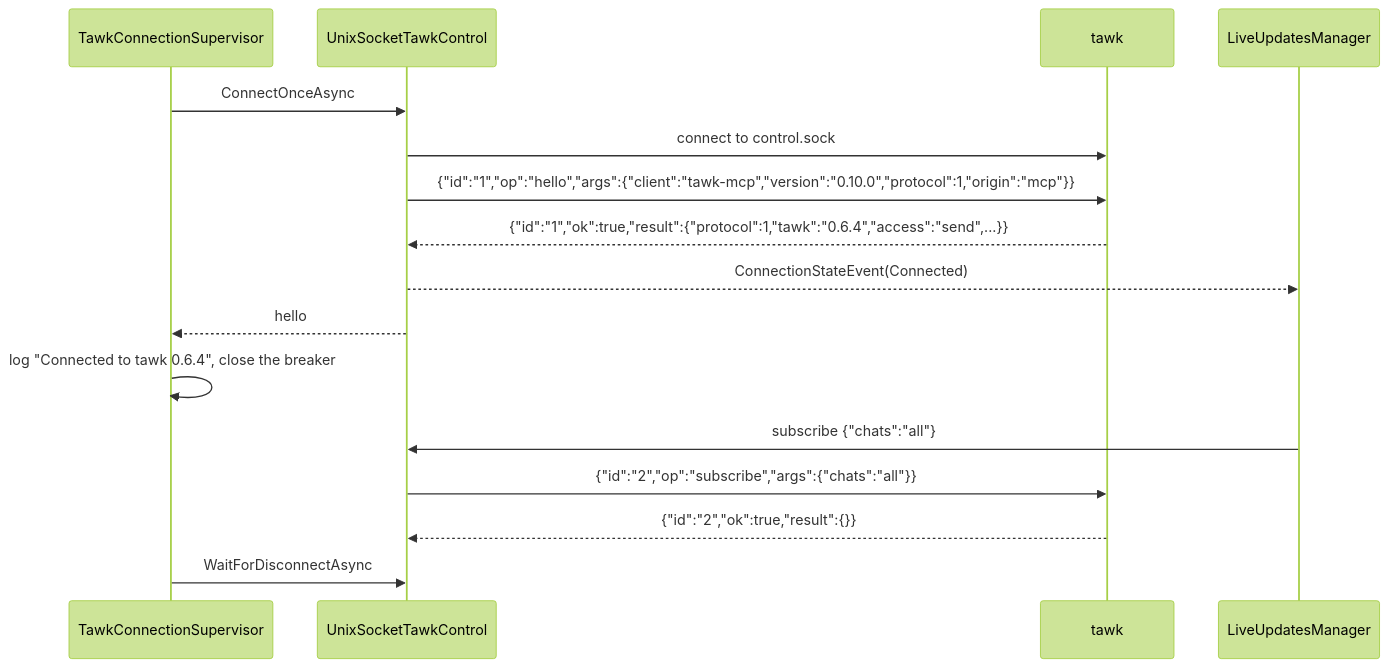
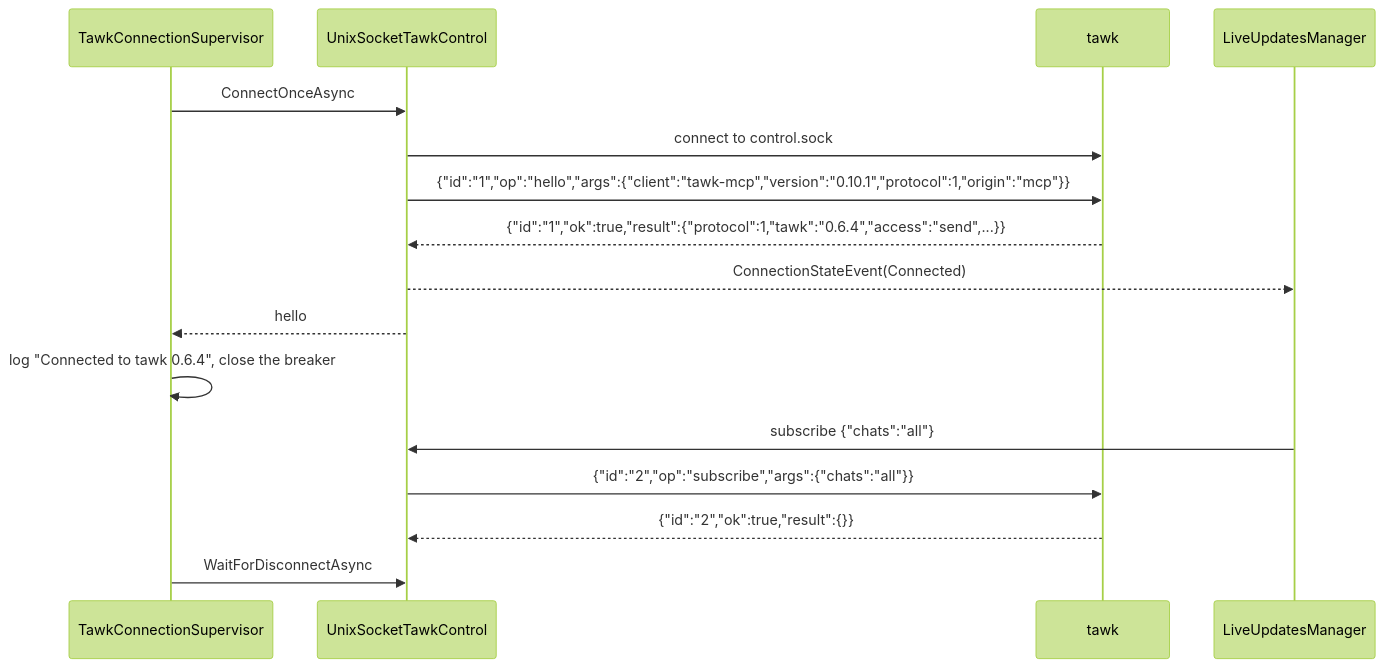
Before and after one commit to loganventer/Corvus.Mcp.Server.Tawk: the first of 14 diagrams in HOW_IT_WORKS.md, drawn with Mermaid (forest theme). The commit also changed 11 other files, not shown here.

````diff
--- a/HOW_IT_WORKS.md
+++ b/HOW_IT_WORKS.md
@@ -31,19 +31,19 @@
 ```mermaid
 sequenceDiagram
     participant S as TawkConnectionSupervisor
     participant C as UnixSocketTawkControl
     participant T as tawk
     participant L as LiveUpdatesManager
 
     S->>C: ConnectOnceAsync
     C->>T: connect to control.sock
-    C->>T: {"id":"1","op":"hello","args":{"client":"tawk-mcp","version":"0.10.0","protocol":1,"origin":"mcp"}}
+    C->>T: {"id":"1","op":"hello","args":{"client":"tawk-mcp","version":"0.10.1","protocol":1,"origin":"mcp"}}
     T-->>C: {"id":"1","ok":true,"result":{"protocol":1,"tawk":"0.6.4","access":"send",...}}
     C-->>L: ConnectionStateEvent(Connected)
     C-->>S: hello
     S->>S: log "Connected to tawk 0.6.4", close the breaker
     L->>C: subscribe {"chats":"all"}
     C->>T: {"id":"2","op":"subscribe","args":{"chats":"all"}}
     T-->>C: {"id":"2","ok":true,"result":{}}
     S->>C: WaitForDisconnectAsync
 ```
````
